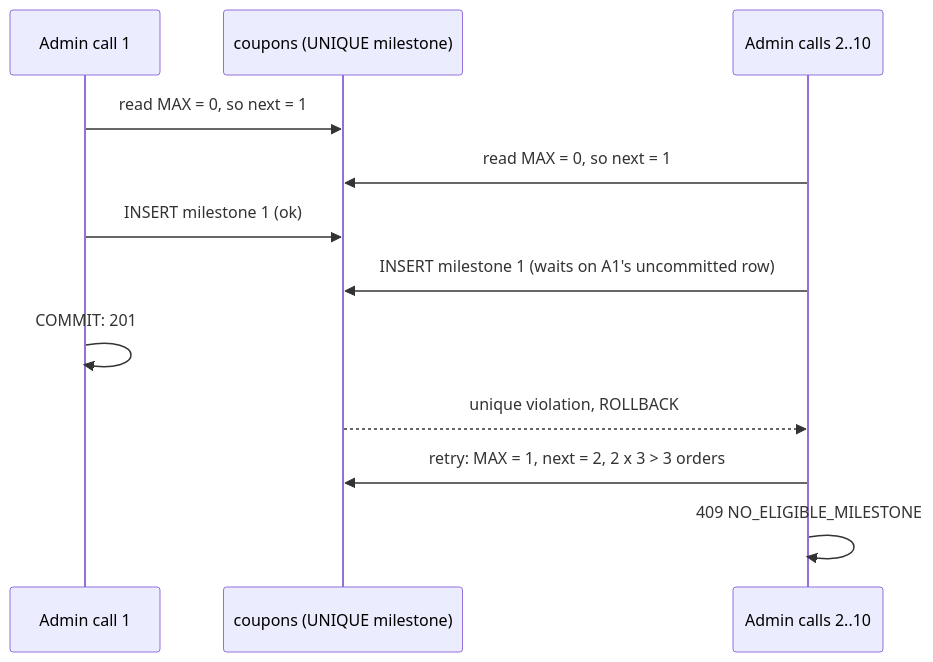
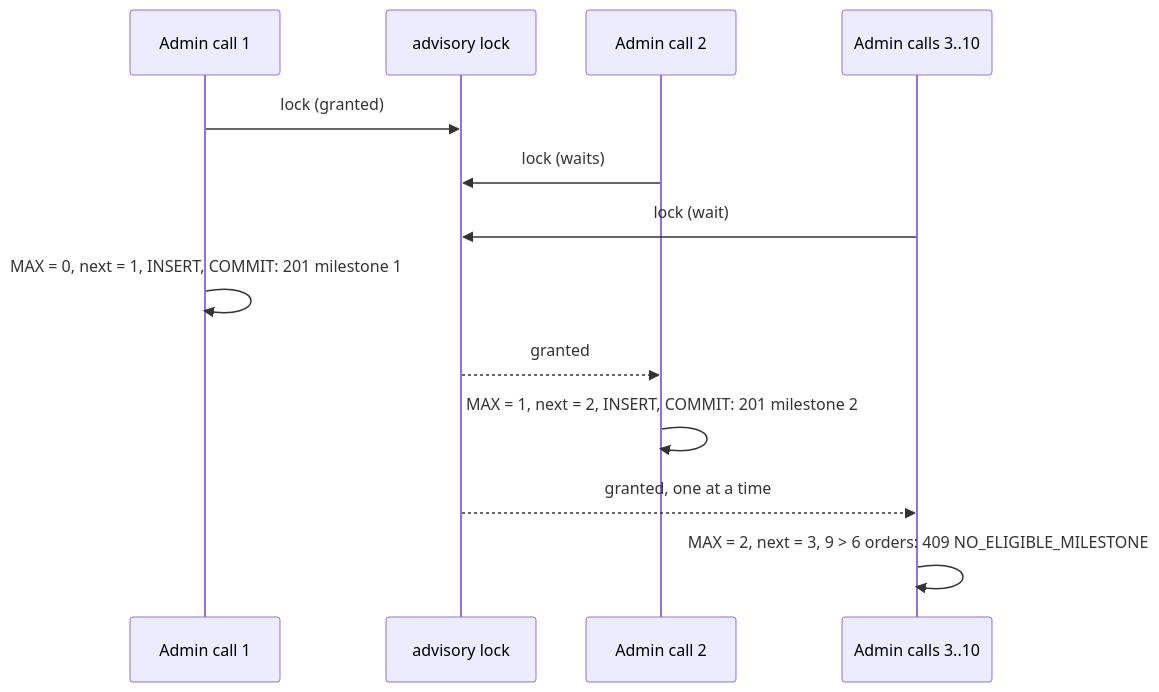
One commit to ash-rick/Cart changed diagram 11 of 13 in docs/FLOWS.md. Above: the diagram before and after it, drawn with Mermaid. The commit also changed other lines of this file and 2 other files, not shown here.

Commit message:
docs: reflect review fixes (advisory-lock generation, input rules, what the lock-order test proves)

````diff
--- a/docs/FLOWS.md
+++ b/docs/FLOWS.md
@@ -256,14 +253,15 @@
 ```mermaid
 sequenceDiagram
   participant A1 as Admin call 1
-  participant DB as coupons (UNIQUE milestone)
-  participant A2 as Admin calls 2..10
-  A1->>DB: read MAX = 0, so next = 1
-  A2->>DB: read MAX = 0, so next = 1
-  A1->>DB: INSERT milestone 1 (ok)
-  A2->>DB: INSERT milestone 1 (waits on A1's uncommitted row)
-  A1->>A1: COMMIT: 201
-  DB-->>A2: unique violation, ROLLBACK
-  A2->>DB: retry: MAX = 1, next = 2, 2 x 3 > 3 orders
-  A2->>A2: 409 NO_ELIGIBLE_MILESTONE
+  participant L as advisory lock
+  participant A2 as Admin call 2
+  participant A3 as Admin calls 3..10
+  A1->>L: lock (granted)
+  A2->>L: lock (waits)
+  A3->>L: lock (wait)
+  A1->>A1: MAX = 0, next = 1, INSERT, COMMIT: 201 milestone 1
+  L-->>A2: granted
+  A2->>A2: MAX = 1, next = 2, INSERT, COMMIT: 201 milestone 2
+  L-->>A3: granted, one at a time
+  A3->>A3: MAX = 2, next = 3, 9 > 6 orders: 409 NO_ELIGIBLE_MILESTONE
 ```
````
